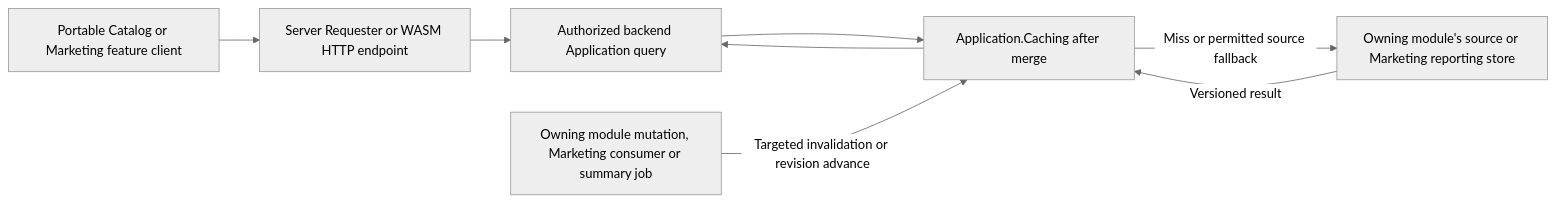
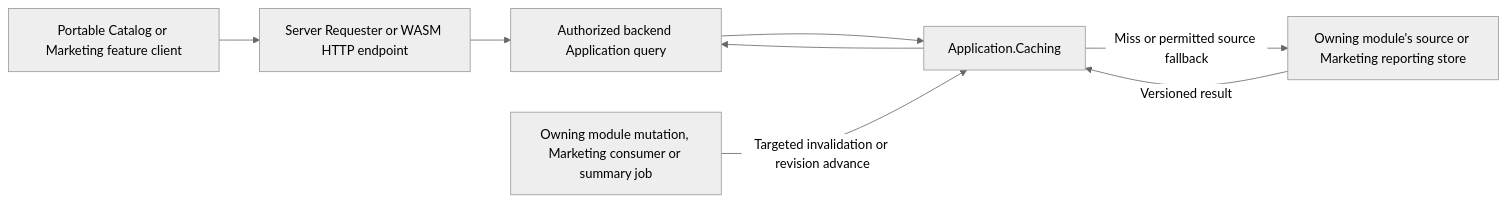
One commit to BridgingIT-GmbH/bITdevKit changed diagram 29 of 29 in docs/specs/spec-shopfiesta.md. Above: the diagram before and after it, drawn with Mermaid (neutral theme). The commit also changed other lines of this file and 1 other file, not shown here.

First line of the commit message:
docs: update caching references for shipped feature

````diff
--- a/docs/specs/spec-shopfiesta.md
+++ b/docs/specs/spec-shopfiesta.md
@@ -2572,10 +2572,10 @@
 ```mermaid
 flowchart LR
     UI["Portable Catalog or Marketing feature client"] --> Access["Server Requester or WASM HTTP endpoint"]
     Access --> Query["Authorized backend Application query"]
-    Query --> Cache["Application.Caching after merge"]
+    Query --> Cache["Application.Caching"]
     Cache -->|"Miss or permitted source fallback"| Store["Owning module's source or Marketing reporting store"]
     Store -->|"Versioned result"| Cache
     Cache --> Query
     Change["Owning module mutation, Marketing consumer or summary job"] -->|"Targeted invalidation or revision advance"| Cache
 ```
````
